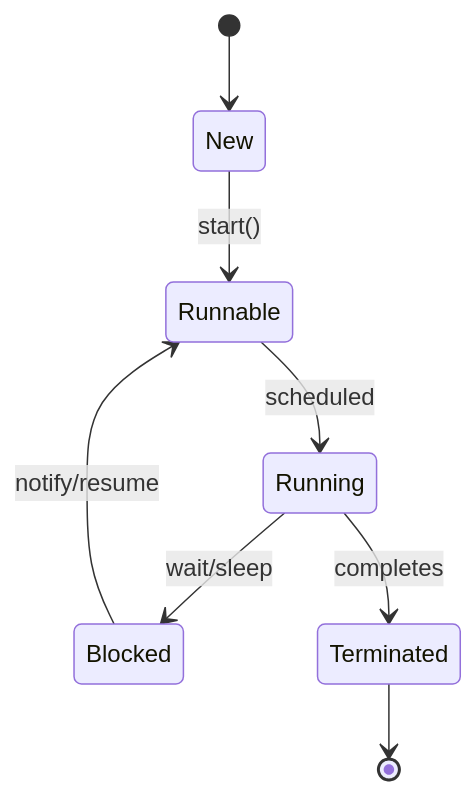
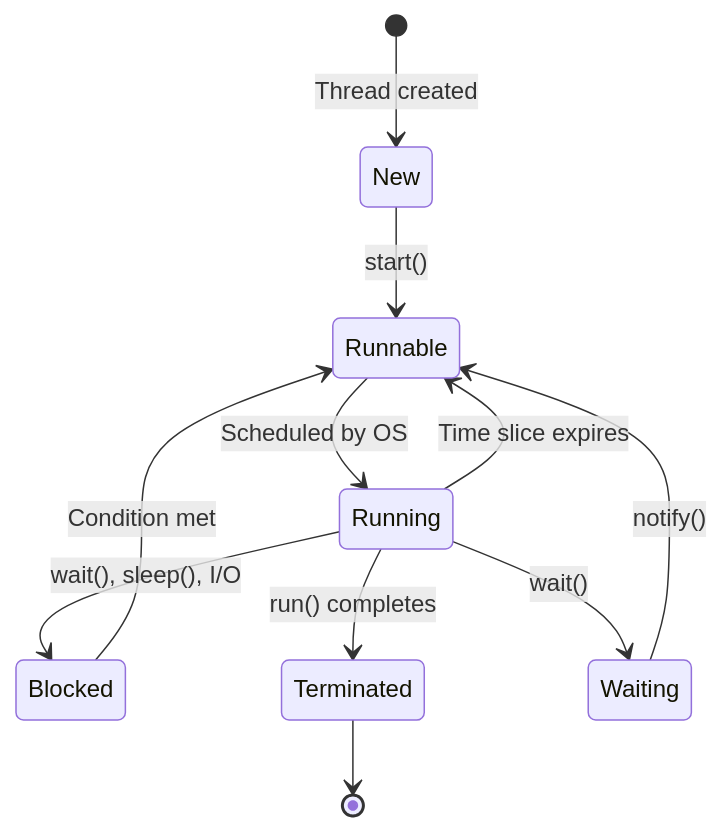
One commit to VrushankPatel/interview-matters changed the diagram in multithreading-and-concurrency-in-java/README.md. Above: the diagram before and after it, drawn with Mermaid. The commit also changed other lines of this file and 6 other files, not shown here.

````diff
--- a/multithreading-and-concurrency-in-java/README.md
+++ b/multithreading-and-concurrency-in-java/README.md
@@ -23,10 +19,14 @@
 ```mermaid
 stateDiagram-v2
-    [*] --> New
+    [*] --> New: Thread created
     New --> Runnable: start()
-    Runnable --> Running: scheduled
-    Running --> Blocked: wait/sleep
-    Blocked --> Runnable: notify/resume
-    Running --> Terminated: completes
+    Runnable --> Running: Scheduled by OS
+    Running --> Runnable: Time slice expires
+    Running --> Blocked: wait(), sleep(), I/O
+    Blocked --> Runnable: Condition met
+    Running --> Terminated: run() completes
     Terminated --> [*]
+    
+    Running --> Waiting: wait()
+    Waiting --> Runnable: notify()
 ```
````
